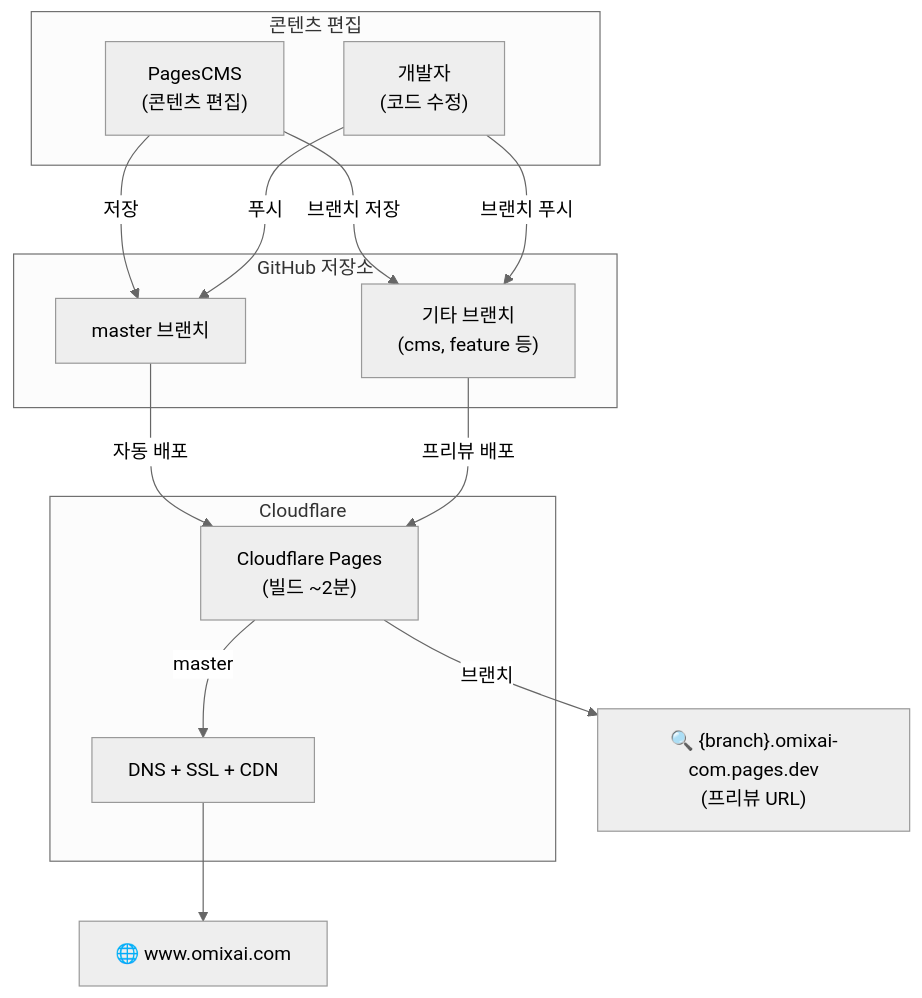
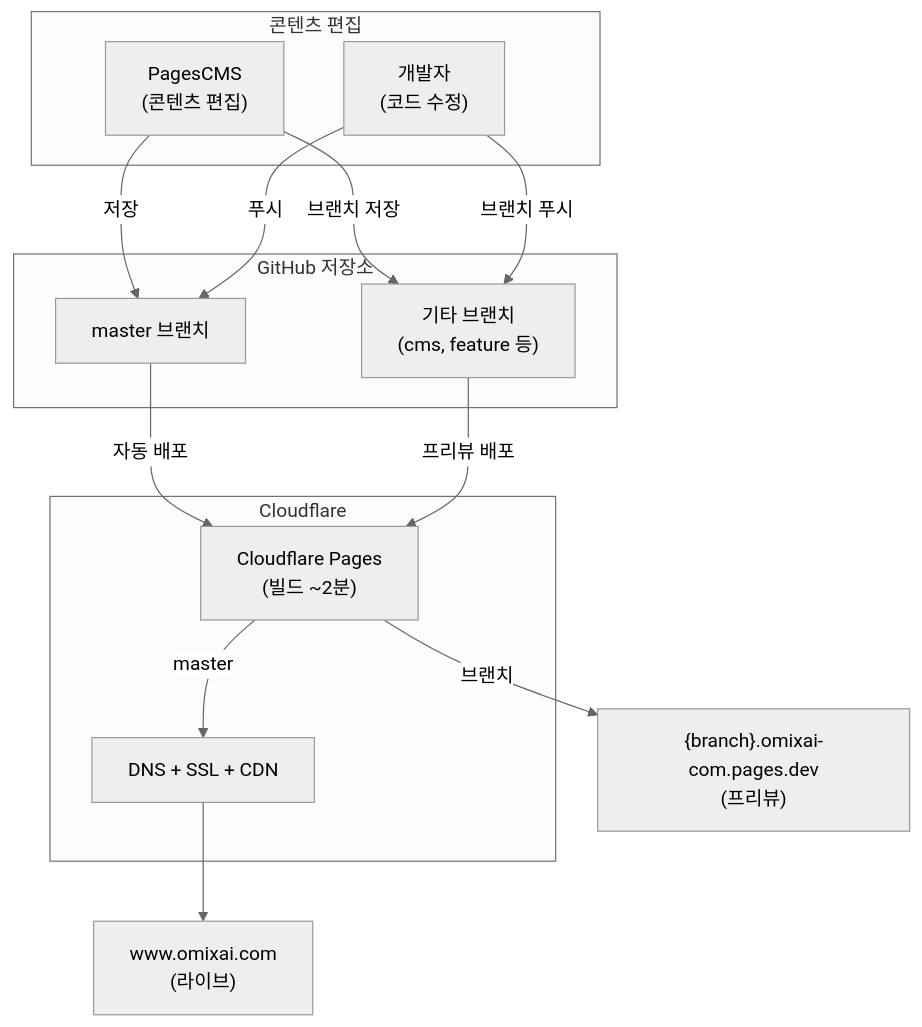
The diagram in docs/MAINTENANCE.md (sooheon/omixai-com), drawn with Mermaid (neutral theme) before and after one commit. The commit also changed 1 other file, not shown here.

Commit message:
Remove emojis from Mermaid diagram for PDF export

````diff
--- a/docs/MAINTENANCE.md
+++ b/docs/MAINTENANCE.md
@@ -28,30 +28,30 @@
 ```mermaid
 flowchart TB
     subgraph 콘텐츠["콘텐츠 편집"]
         PagesCMS["PagesCMS<br/>(콘텐츠 편집)"]
         Dev["개발자<br/>(코드 수정)"]
     end
 
     subgraph GitHub["GitHub 저장소"]
         Master["master 브랜치"]
         Other["기타 브랜치<br/>(cms, feature 등)"]
     end
 
     subgraph Cloudflare["Cloudflare"]
         CF_Pages["Cloudflare Pages<br/>(빌드 ~2분)"]
         CF_DNS["DNS + SSL + CDN"]
     end
 
     PagesCMS -->|저장| Master
     PagesCMS -->|브랜치 저장| Other
     Dev -->|푸시| Master
     Dev -->|브랜치 푸시| Other
 
     Master -->|자동 배포| CF_Pages
     Other -->|프리뷰 배포| CF_Pages
 
     CF_Pages -->|master| CF_DNS
-    CF_DNS --> Live["🌐 www.omixai.com"]
+    CF_DNS --> Live["www.omixai.com<br/>(라이브)"]
 
-    CF_Pages -->|브랜치| Preview["🔍 {branch}.omixai-com.pages.dev<br/>(프리뷰 URL)"]
+    CF_Pages -->|브랜치| Preview["{branch}.omixai-com.pages.dev<br/>(프리뷰)"]
 ```
````
